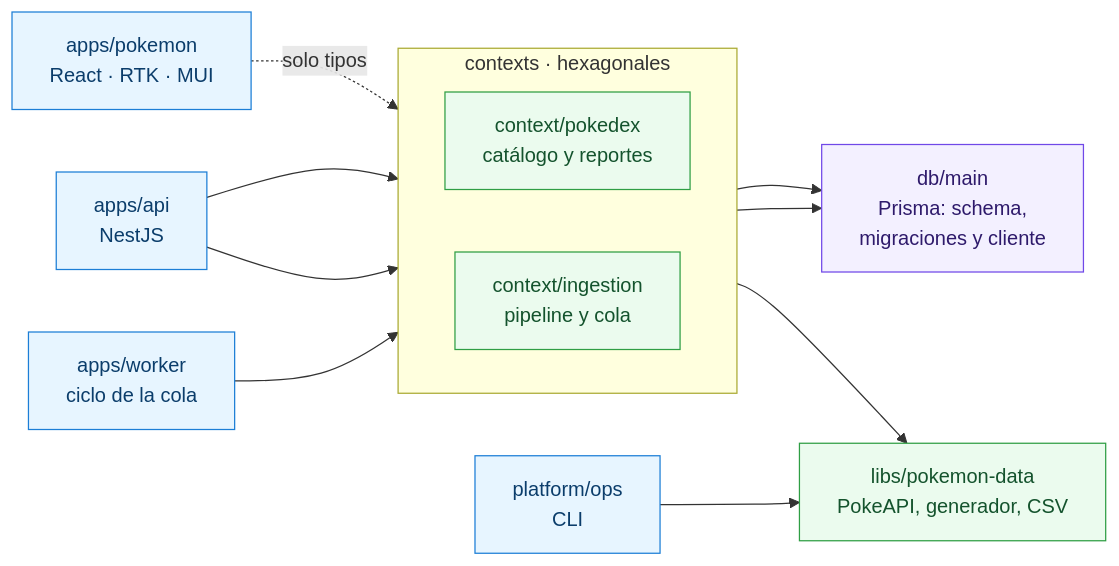
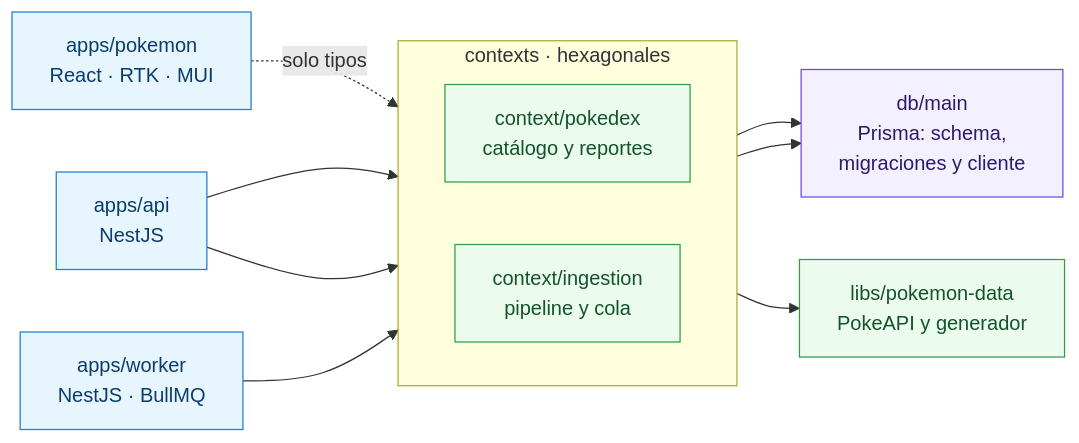
One commit to agustin-rios/pokemon changed the fourth of 4 diagrams in alternatives/worker-ts/README.md. Above: the diagram before and after it, drawn with Mermaid. The commit also changed other lines of this file and 6 other files, not shown here.

````diff
--- a/alternatives/worker-ts/README.md
+++ b/alternatives/worker-ts/README.md
@@ -340,30 +315,28 @@
 ```mermaid
 flowchart LR
   web["apps/pokemon<br/>React · RTK · MUI"]
   api["apps/api<br/>NestJS"]
-  worker["apps/worker<br/>ciclo de la cola"]
-  ops["platform/ops<br/>CLI"]
+  worker["apps/worker<br/>NestJS · BullMQ"]
   subgraph ctx["contexts · hexagonales"]
     direction LR
     pokedex["context/pokedex<br/>catálogo y reportes"]
     ingestion["context/ingestion<br/>pipeline y cola"]
   end
-  lib["libs/pokemon-data<br/>PokeAPI, generador, CSV"]
+  lib["libs/pokemon-data<br/>PokeAPI y generador"]
   db["db/main<br/>Prisma: schema,<br/>migraciones y cliente"]
 
   web -.->|"solo tipos"| pokedex
   api --> pokedex
   api --> ingestion
   worker --> ingestion
-  ops --> lib
   pokedex --> db
   ingestion --> db
   ingestion --> lib
 
   classDef app fill:#e7f5ff,stroke:#1c7ed6,color:#0b3d6b
   classDef core fill:#ebfbee,stroke:#2f9e44,color:#14532d
   classDef store fill:#f3f0ff,stroke:#7048e8,color:#2e1a6b
-  class web,api,worker,ops app
+  class web,api,worker app
   class pokedex,ingestion,lib core
   class db store
 ```
````
